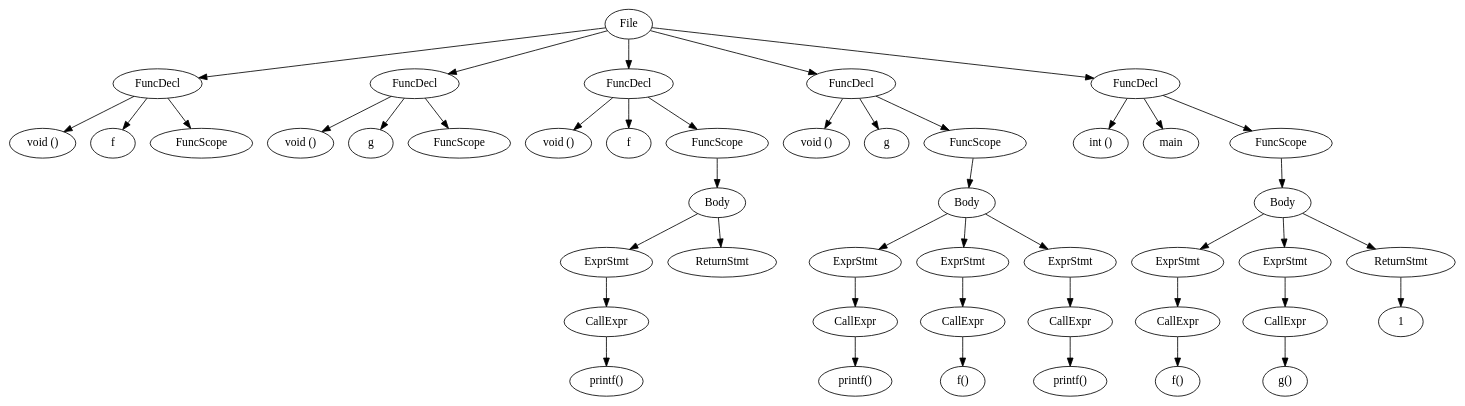
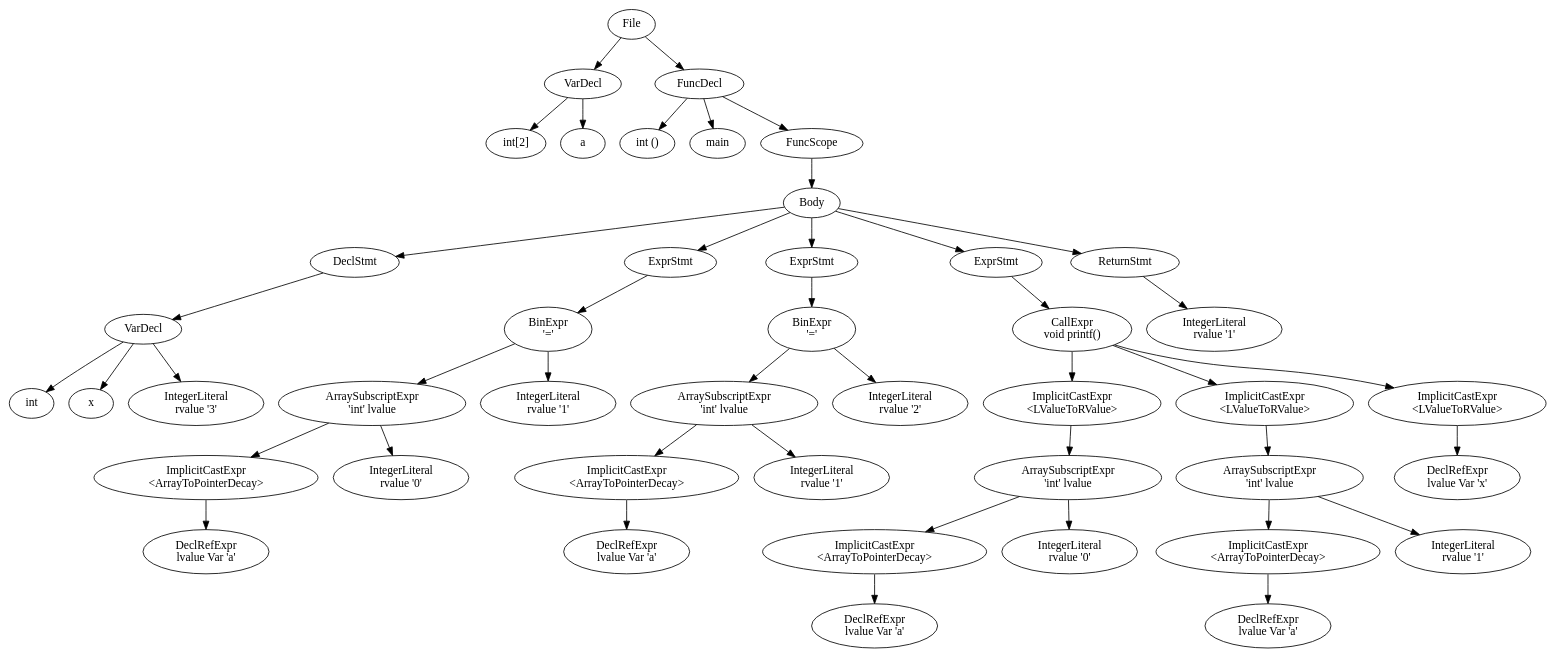
The diagram in src/output.dot (LarsDeLeeuw/Compilers), drawn with Graphviz before and after one commit. The commit also changed 14 other files, not shown here.

Commit message:
Implemented LValue and RValue implicitcasts, and refactored some code

```diff
--- a/src/output.dot
+++ b/src/output.dot
@@ -1,90 +1,115 @@
 digraph {n0 [label="File"];
-n1 [label="FuncDecl"];
-n2 [label="void ()"];
-n3 [label="f"];
-n4 [label="FuncScope"];
-n6 [label="FuncDecl"];
-n7 [label="void ()"];
-n8 [label="g"];
-n9 [label="FuncScope"];
-n11 [label="FuncDecl"];
-n12 [label="void ()"];
-n13 [label="f"];
-n14 [label="FuncScope"];
-n16 [label="Body"];
-n18 [label="ExprStmt"];
-n19 [label="CallExpr"];
-n20 [label="printf()"];
-n22 [label="ReturnStmt"];
-n24 [label="FuncDecl"];
-n25 [label="void ()"];
-n26 [label="g"];
-n27 [label="FuncScope"];
-n29 [label="Body"];
+n1 [label="VarDecl"];
+n2 [label="int[2]"];
+n3 [label="a"];
+n5 [label="FuncDecl"];
+n6 [label="int ()"];
+n7 [label="main"];
+n8 [label="FuncScope"];
+n10 [label="Body"];
+n12 [label="DeclStmt"];
+n13 [label="VarDecl"];
+n14 [label="int"];
+n15 [label="x"];
+n16 [label="IntegerLiteral
+rvalue '3'"];
+n17 [label="ExprStmt"];
+n18 [label="BinExpr
+'='"];
+n19 [label="ArraySubscriptExpr
+'int' lvalue"];
+n20 [label="ImplicitCastExpr
+<ArrayToPointerDecay>"];
+n21 [label="DeclRefExpr
+lvalue Var 'a'"];
+n22 [label="IntegerLiteral
+rvalue '0'"];
+n23 [label="IntegerLiteral
+rvalue '1'"];
+n24 [label="ExprStmt"];
+n25 [label="BinExpr
+'='"];
+n26 [label="ArraySubscriptExpr
+'int' lvalue"];
+n27 [label="ImplicitCastExpr
+<ArrayToPointerDecay>"];
+n28 [label="DeclRefExpr
+lvalue Var 'a'"];
+n29 [label="IntegerLiteral
+rvalue '1'"];
+n30 [label="IntegerLiteral
+rvalue '2'"];
 n31 [label="ExprStmt"];
-n32 [label="CallExpr"];
-n33 [label="printf()"];
-n35 [label="ExprStmt"];
-n36 [label="CallExpr"];
-n37 [label="f()"];
-n39 [label="ExprStmt"];
-n40 [label="CallExpr"];
-n41 [label="printf()"];
-n43 [label="FuncDecl"];
-n44 [label="int ()"];
-n45 [label="main"];
-n46 [label="FuncScope"];
-n48 [label="Body"];
-n50 [label="ExprStmt"];
-n51 [label="CallExpr"];
-n52 [label="f()"];
-n54 [label="ExprStmt"];
-n55 [label="CallExpr"];
-n56 [label="g()"];
-n58 [label="ReturnStmt"];
-n59 [label="1"];
+n32 [label="CallExpr
+void printf()"];
+n35 [label="ImplicitCastExpr
+<LValueToRValue>"];
+n36 [label="ArraySubscriptExpr
+'int' lvalue"];
+n37 [label="ImplicitCastExpr
+<ArrayToPointerDecay>"];
+n38 [label="DeclRefExpr
+lvalue Var 'a'"];
+n39 [label="IntegerLiteral
+rvalue '0'"];
+n40 [label="ImplicitCastExpr
+<LValueToRValue>"];
+n41 [label="ArraySubscriptExpr
+'int' lvalue"];
+n42 [label="ImplicitCastExpr
+<ArrayToPointerDecay>"];
+n43 [label="DeclRefExpr
+lvalue Var 'a'"];
+n44 [label="IntegerLiteral
+rvalue '1'"];
+n45 [label="ImplicitCastExpr
+<LValueToRValue>"];
+n46 [label="DeclRefExpr
+lvalue Var 'x'"];
+n47 [label="ReturnStmt"];
+n48 [label="IntegerLiteral
+rvalue '1'"];
 n0 -> n1
 n1 -> n2
 n1 -> n3
-n1 -> n4
-n0 -> n6
-n6 -> n7
-n6 -> n8
-n6 -> n9
-n0 -> n11
-n11 -> n12
-n11 -> n13
-n11 -> n14
-n14 -> n16
-n16 -> n18
+n0 -> n5
+n5 -> n6
+n5 -> n7
+n5 -> n8
+n8 -> n10
+n10 -> n12
+n12 -> n13
+n13 -> n14
+n13 -> n15
+n13 -> n16
+n10 -> n17
+n17 -> n18
 n18 -> n19
 n19 -> n20
-n16 -> n22
-n0 -> n24
+n20 -> n21
+n19 -> n22
+n18 -> n23
+n10 -> n24
 n24 -> n25
-n24 -> n26
-n24 -> n27
-n27 -> n29
-n29 -> n31
+n25 -> n26
+n26 -> n27
+n27 -> n28
+n26 -> n29
+n25 -> n30
+n10 -> n31
 n31 -> n32
-n32 -> n33
-n29 -> n35
+n32 -> n35
 n35 -> n36
 n36 -> n37
-n29 -> n39
-n39 -> n40
+n37 -> n38
+n36 -> n39
+n32 -> n40
 n40 -> n41
-n0 -> n43
-n43 -> n44
-n43 -> n45
-n43 -> n46
-n46 -> n48
-n48 -> n50
-n50 -> n51
-n51 -> n52
-n48 -> n54
-n54 -> n55
-n55 -> n56
-n48 -> n58
-n58 -> n59
+n41 -> n42
+n42 -> n43
+n41 -> n44
+n32 -> n45
+n45 -> n46
+n10 -> n47
+n47 -> n48
 }
```
